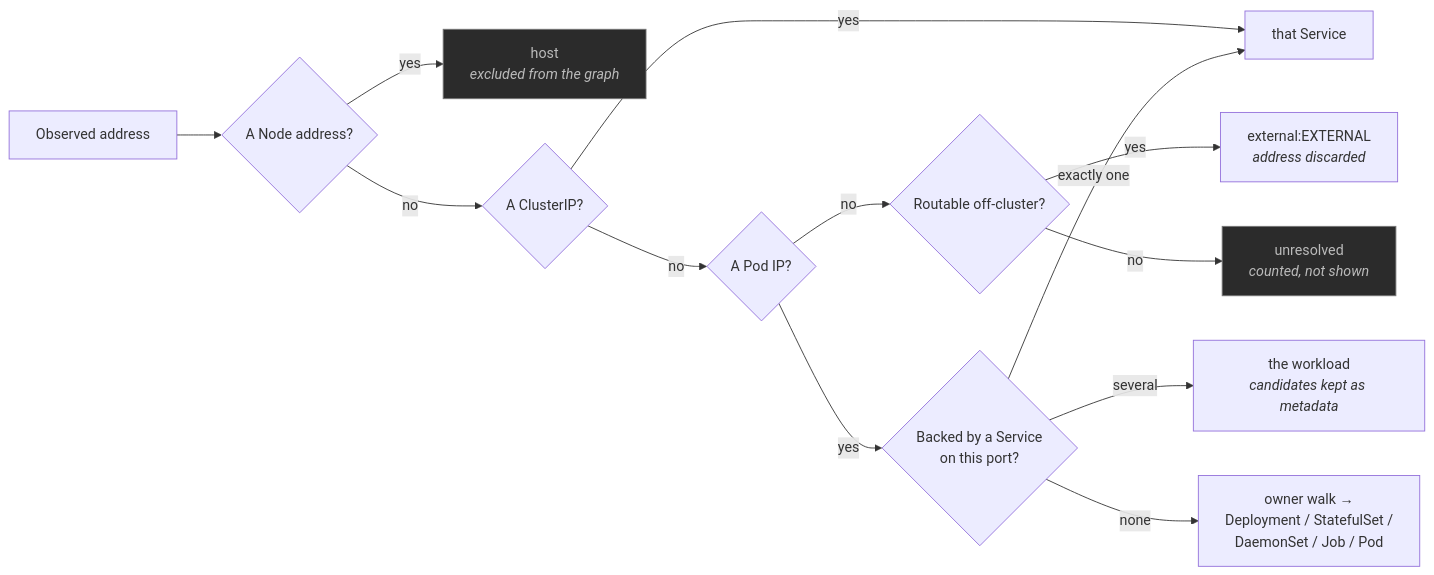
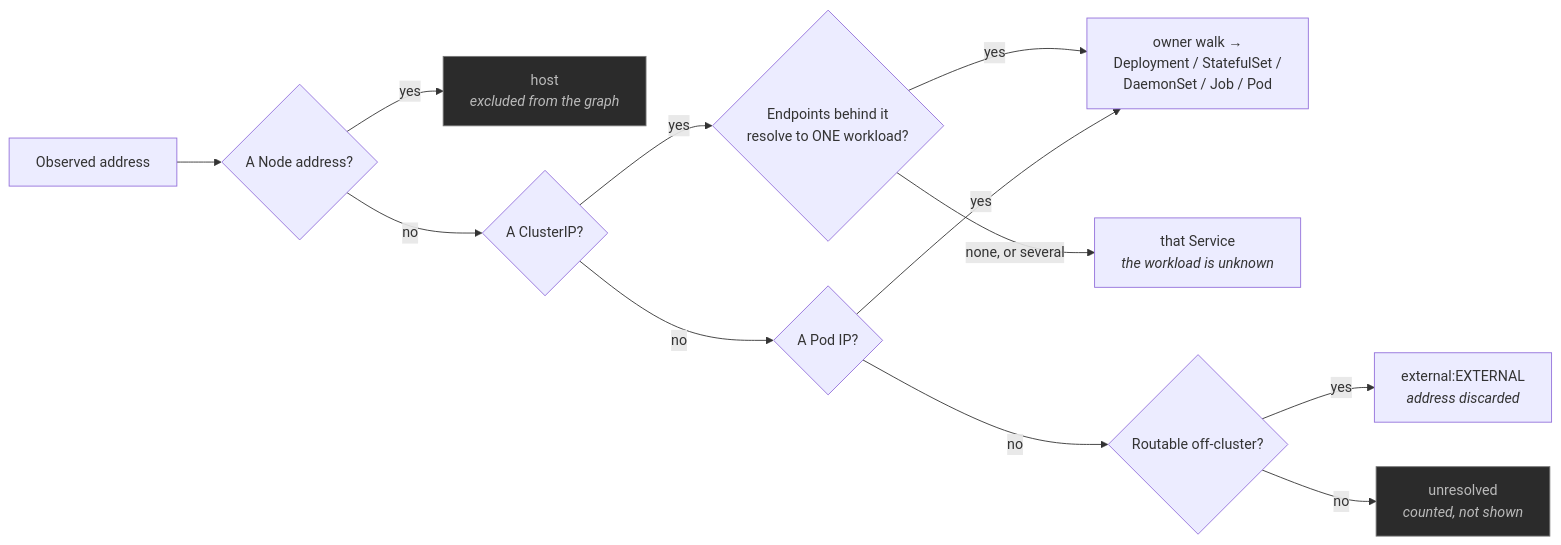
One commit to ToniBouRahal/kubernetes-topology-visualizer changed the third of 4 diagrams in docs/architecture.md. Above: the diagram before and after it, drawn with Mermaid. The commit also changed other lines of this file and 15 other files, not shown here.

First line of the commit message:
ADR-009: a destination resolves to the workload, not the Service in front of it

````diff
--- a/docs/architecture.md
+++ b/docs/architecture.md
@@ -103,18 +103,17 @@
 ```mermaid
 flowchart LR
     ip["Observed address"] --> q1{"A Node address?"}
     q1 -->|yes| host["host<br/><i>excluded from the graph</i>"]
     q1 -->|no| q2{"A ClusterIP?"}
-    q2 -->|yes| svc["that Service"]
+    q2 -->|yes| q6{"Endpoints behind it<br/>resolve to ONE workload?"}
+    q6 -->|yes| wl["owner walk →<br/>Deployment / StatefulSet /<br/>DaemonSet / Job / Pod"]
+    q6 -->|"none, or several"| svc["that Service<br/><i>the workload is unknown</i>"]
     q2 -->|no| q3{"A Pod IP?"}
     q3 -->|no| q4{"Routable off-cluster?"}
     q4 -->|yes| ext["external:EXTERNAL<br/><i>address discarded</i>"]
     q4 -->|no| unres["unresolved<br/><i>counted, not shown</i>"]
-    q3 -->|yes| q5{"Backed by a Service<br/>on this port?"}
-    q5 -->|"exactly one"| svc
-    q5 -->|"several"| wl2["the workload<br/><i>candidates kept as metadata</i>"]
-    q5 -->|none| wl["owner walk →<br/>Deployment / StatefulSet /<br/>DaemonSet / Job / Pod"]
+    q3 -->|yes| wl
 
     classDef drop fill:#2b2b2b,stroke:#777,color:#bbb
     class host,unres drop
 ```
````
